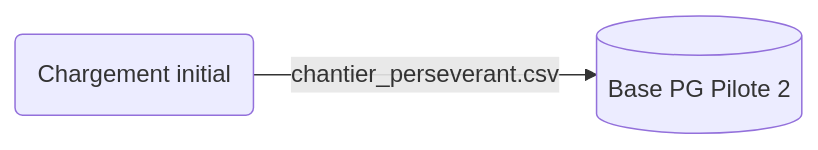
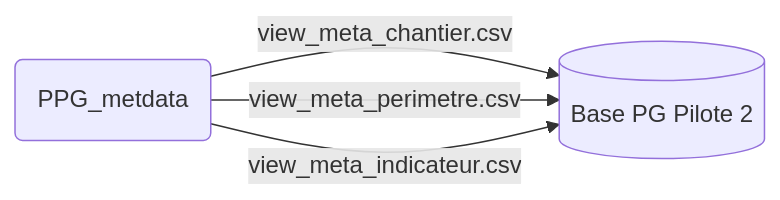
One commit to DITP-pilotage/pilote-2 changed the second of 4 diagrams in data/README.md. Above: the diagram before and after it, drawn with Mermaid. The commit also changed other lines of this file and 1 other file, not shown here.

Commit message:
refactor: ajout des 29 perimetres dans le csv open_data perimetre et maj schema d'archi (94)

````diff
--- a/data/README.md
+++ b/data/README.md
@@ -181,4 +182,6 @@
 ``` mermaid
 graph LR
-SFTP(Chargement initial) --> |chantier_perseverant.csv| PG[(Base PG Pilote 2)]
+PPG(PPG_metdata) --> |view_meta_chantier.csv| PG[(Base PG Pilote 2)]
+PPG --> |view_meta_perimetre.csv| PG
+PPG --> |view_meta_indicateur.csv| PG
 ```
````
